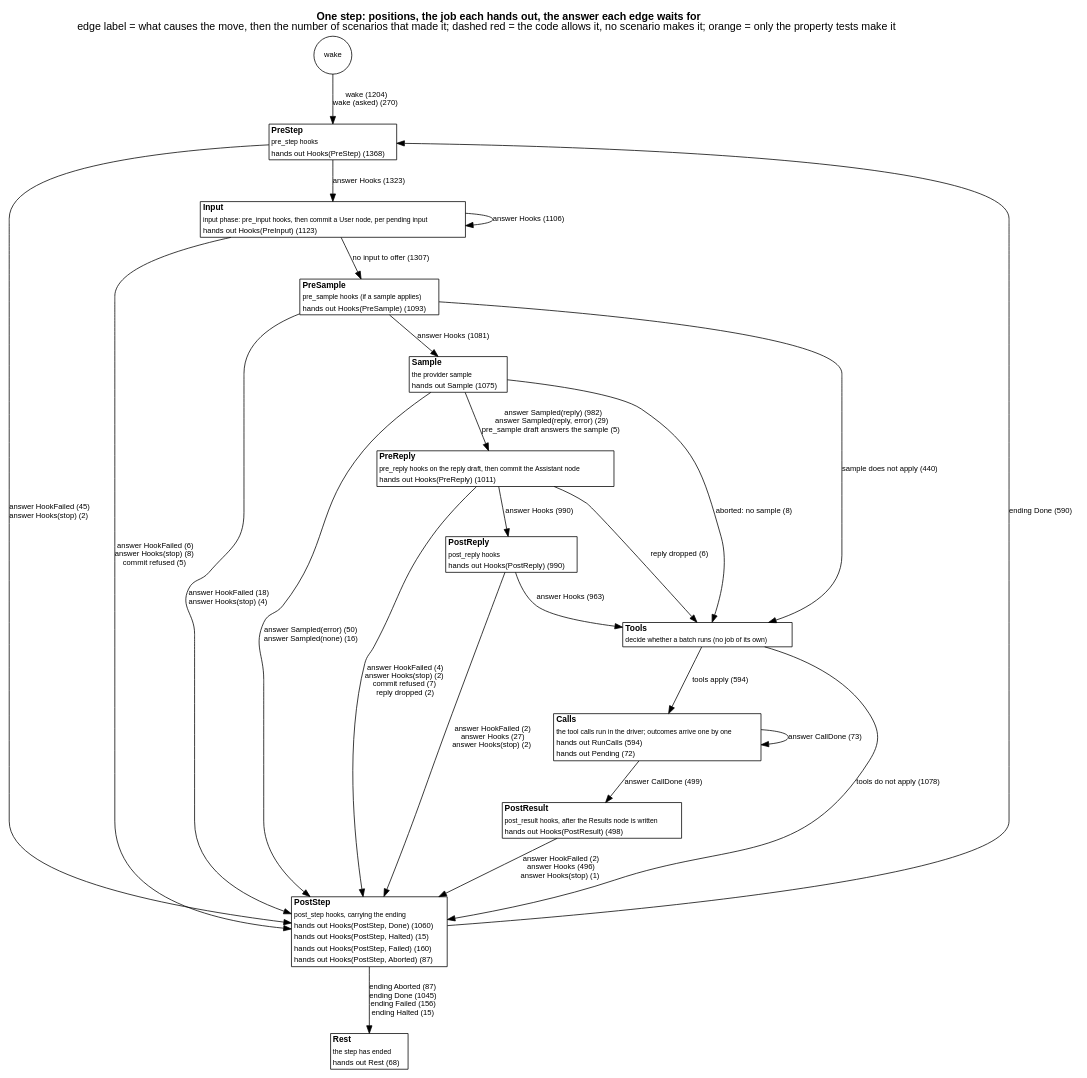
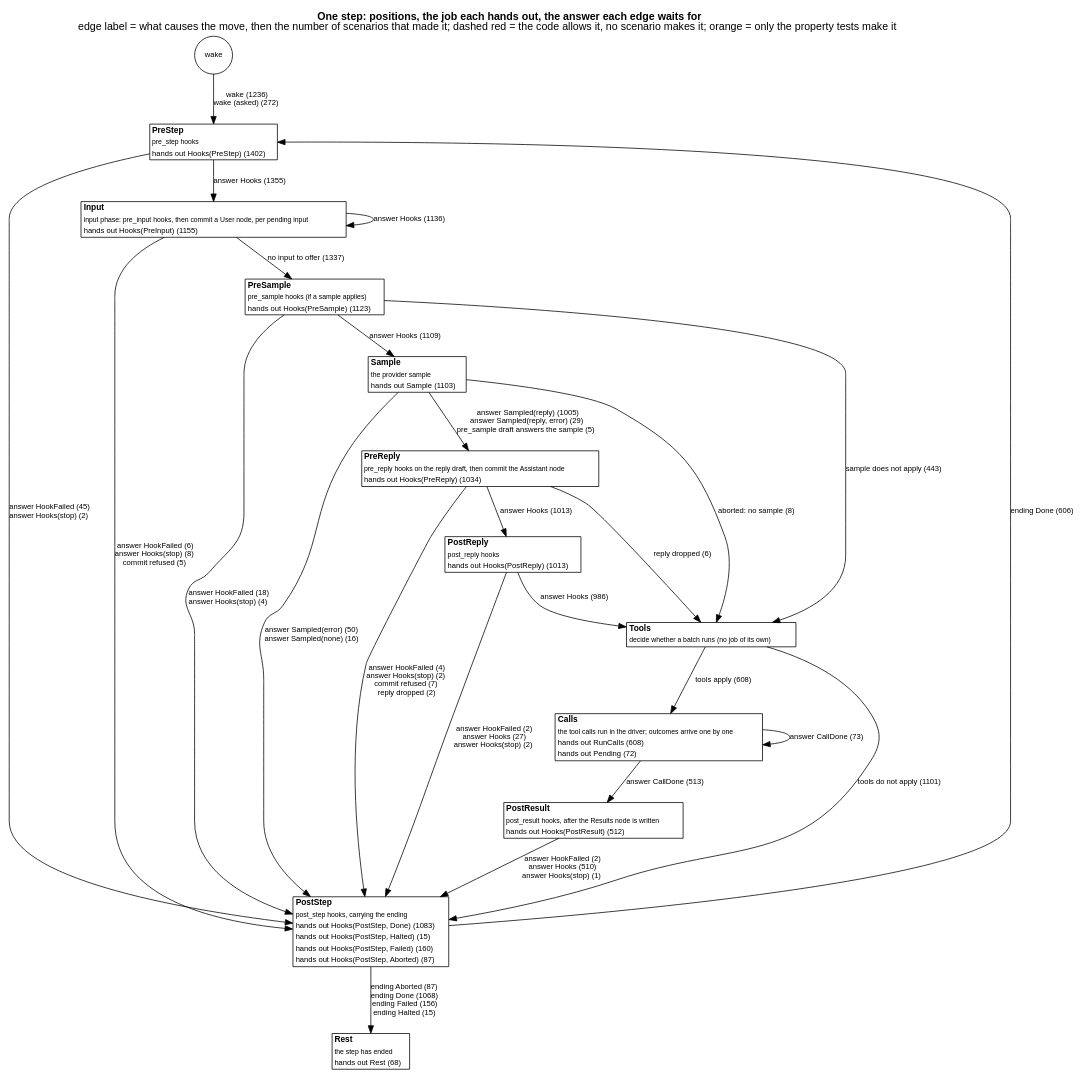
The diagram in docs/as-built/diagrams/step-positions.dot (jmccardle/tau), drawn with Graphviz before and after one commit. The commit also changed 50 other files, not shown here.

```diff
--- a/docs/as-built/diagrams/step-positions.dot
+++ b/docs/as-built/diagrams/step-positions.dot
@@ -1,42 +1,42 @@
 // Generated by scripts/diagrams.sh from the test suites' transitions. Do not edit.
 digraph step_positions {
   graph [rankdir=TB, fontname="Helvetica", nodesep=0.5, ranksep=0.6, labelloc=t, label=<<b>One step: positions, the job each hands out, the answer each edge waits for</b><br/>edge label = what causes the move, then the number of scenarios that made it; dashed red = the code allows it, no scenario makes it; orange = only the property tests make it>];
   node [shape=plain, fontname="Helvetica", fontsize=11];
   edge [fontname="Helvetica", fontsize=10];
   "(wake)" [shape=circle, label="wake", fontsize=10];
-  "PreStep" [label=<<table border="1" cellborder="0" cellspacing="0" bgcolor="white"><tr><td align="left"><b>PreStep</b></td></tr><tr><td align="left"><font point-size="9">pre_step hooks</font></td></tr><tr><td align="left"><font color="black" point-size="10">hands out Hooks(PreStep) (1368)</font></td></tr></table>>];
-  "Input" [label=<<table border="1" cellborder="0" cellspacing="0" bgcolor="white"><tr><td align="left"><b>Input</b></td></tr><tr><td align="left"><font point-size="9">input phase: pre_input hooks, then commit a User node, per pending input</font></td></tr><tr><td align="left"><font color="black" point-size="10">hands out Hooks(PreInput) (1123)</font></td></tr></table>>];
-  "PreSample" [label=<<table border="1" cellborder="0" cellspacing="0" bgcolor="white"><tr><td align="left"><b>PreSample</b></td></tr><tr><td align="left"><font point-size="9">pre_sample hooks (if a sample applies)</font></td></tr><tr><td align="left"><font color="black" point-size="10">hands out Hooks(PreSample) (1093)</font></td></tr></table>>];
-  "Sample" [label=<<table border="1" cellborder="0" cellspacing="0" bgcolor="white"><tr><td align="left"><b>Sample</b></td></tr><tr><td align="left"><font point-size="9">the provider sample</font></td></tr><tr><td align="left"><font color="black" point-size="10">hands out Sample (1075)</font></td></tr></table>>];
-  "PreReply" [label=<<table border="1" cellborder="0" cellspacing="0" bgcolor="white"><tr><td align="left"><b>PreReply</b></td></tr><tr><td align="left"><font point-size="9">pre_reply hooks on the reply draft, then commit the Assistant node</font></td></tr><tr><td align="left"><font color="black" point-size="10">hands out Hooks(PreReply) (1011)</font></td></tr></table>>];
-  "PostReply" [label=<<table border="1" cellborder="0" cellspacing="0" bgcolor="white"><tr><td align="left"><b>PostReply</b></td></tr><tr><td align="left"><font point-size="9">post_reply hooks</font></td></tr><tr><td align="left"><font color="black" point-size="10">hands out Hooks(PostReply) (990)</font></td></tr></table>>];
+  "PreStep" [label=<<table border="1" cellborder="0" cellspacing="0" bgcolor="white"><tr><td align="left"><b>PreStep</b></td></tr><tr><td align="left"><font point-size="9">pre_step hooks</font></td></tr><tr><td align="left"><font color="black" point-size="10">hands out Hooks(PreStep) (1402)</font></td></tr></table>>];
+  "Input" [label=<<table border="1" cellborder="0" cellspacing="0" bgcolor="white"><tr><td align="left"><b>Input</b></td></tr><tr><td align="left"><font point-size="9">input phase: pre_input hooks, then commit a User node, per pending input</font></td></tr><tr><td align="left"><font color="black" point-size="10">hands out Hooks(PreInput) (1155)</font></td></tr></table>>];
+  "PreSample" [label=<<table border="1" cellborder="0" cellspacing="0" bgcolor="white"><tr><td align="left"><b>PreSample</b></td></tr><tr><td align="left"><font point-size="9">pre_sample hooks (if a sample applies)</font></td></tr><tr><td align="left"><font color="black" point-size="10">hands out Hooks(PreSample) (1123)</font></td></tr></table>>];
+  "Sample" [label=<<table border="1" cellborder="0" cellspacing="0" bgcolor="white"><tr><td align="left"><b>Sample</b></td></tr><tr><td align="left"><font point-size="9">the provider sample</font></td></tr><tr><td align="left"><font color="black" point-size="10">hands out Sample (1103)</font></td></tr></table>>];
+  "PreReply" [label=<<table border="1" cellborder="0" cellspacing="0" bgcolor="white"><tr><td align="left"><b>PreReply</b></td></tr><tr><td align="left"><font point-size="9">pre_reply hooks on the reply draft, then commit the Assistant node</font></td></tr><tr><td align="left"><font color="black" point-size="10">hands out Hooks(PreReply) (1034)</font></td></tr></table>>];
+  "PostReply" [label=<<table border="1" cellborder="0" cellspacing="0" bgcolor="white"><tr><td align="left"><b>PostReply</b></td></tr><tr><td align="left"><font point-size="9">post_reply hooks</font></td></tr><tr><td align="left"><font color="black" point-size="10">hands out Hooks(PostReply) (1013)</font></td></tr></table>>];
   "Tools" [label=<<table border="1" cellborder="0" cellspacing="0" bgcolor="white"><tr><td align="left"><b>Tools</b></td></tr><tr><td align="left"><font point-size="9">decide whether a batch runs (no job of its own)</font></td></tr></table>>];
-  "Calls" [label=<<table border="1" cellborder="0" cellspacing="0" bgcolor="white"><tr><td align="left"><b>Calls</b></td></tr><tr><td align="left"><font point-size="9">the tool calls run in the driver; outcomes arrive one by one</font></td></tr><tr><td align="left"><font color="black" point-size="10">hands out RunCalls (594)</font></td></tr><tr><td align="left"><font color="black" point-size="10">hands out Pending (72)</font></td></tr></table>>];
-  "PostResult" [label=<<table border="1" cellborder="0" cellspacing="0" bgcolor="white"><tr><td align="left"><b>PostResult</b></td></tr><tr><td align="left"><font point-size="9">post_result hooks, after the Results node is written</font></td></tr><tr><td align="left"><font color="black" point-size="10">hands out Hooks(PostResult) (498)</font></td></tr></table>>];
-  "PostStep" [label=<<table border="1" cellborder="0" cellspacing="0" bgcolor="white"><tr><td align="left"><b>PostStep</b></td></tr><tr><td align="left"><font point-size="9">post_step hooks, carrying the ending</font></td></tr><tr><td align="left"><font color="black" point-size="10">hands out Hooks(PostStep, Done) (1060)</font></td></tr><tr><td align="left"><font color="black" point-size="10">hands out Hooks(PostStep, Halted) (15)</font></td></tr><tr><td align="left"><font color="black" point-size="10">hands out Hooks(PostStep, Failed) (160)</font></td></tr><tr><td align="left"><font color="black" point-size="10">hands out Hooks(PostStep, Aborted) (87)</font></td></tr></table>>];
+  "Calls" [label=<<table border="1" cellborder="0" cellspacing="0" bgcolor="white"><tr><td align="left"><b>Calls</b></td></tr><tr><td align="left"><font point-size="9">the tool calls run in the driver; outcomes arrive one by one</font></td></tr><tr><td align="left"><font color="black" point-size="10">hands out RunCalls (608)</font></td></tr><tr><td align="left"><font color="black" point-size="10">hands out Pending (72)</font></td></tr></table>>];
+  "PostResult" [label=<<table border="1" cellborder="0" cellspacing="0" bgcolor="white"><tr><td align="left"><b>PostResult</b></td></tr><tr><td align="left"><font point-size="9">post_result hooks, after the Results node is written</font></td></tr><tr><td align="left"><font color="black" point-size="10">hands out Hooks(PostResult) (512)</font></td></tr></table>>];
+  "PostStep" [label=<<table border="1" cellborder="0" cellspacing="0" bgcolor="white"><tr><td align="left"><b>PostStep</b></td></tr><tr><td align="left"><font point-size="9">post_step hooks, carrying the ending</font></td></tr><tr><td align="left"><font color="black" point-size="10">hands out Hooks(PostStep, Done) (1083)</font></td></tr><tr><td align="left"><font color="black" point-size="10">hands out Hooks(PostStep, Halted) (15)</font></td></tr><tr><td align="left"><font color="black" point-size="10">hands out Hooks(PostStep, Failed) (160)</font></td></tr><tr><td align="left"><font color="black" point-size="10">hands out Hooks(PostStep, Aborted) (87)</font></td></tr></table>>];
   "Rest" [label=<<table border="1" cellborder="0" cellspacing="0" bgcolor="white"><tr><td align="left"><b>Rest</b></td></tr><tr><td align="left"><font point-size="9">the step has ended</font></td></tr><tr><td align="left"><font color="black" point-size="10">hands out Rest (68)</font></td></tr></table>>];
-  "(wake)" -> "PreStep" [label=<wake (1204)<br/>wake (asked) (270)>, color="black", style=solid];
+  "(wake)" -> "PreStep" [label=<wake (1236)<br/>wake (asked) (272)>, color="black", style=solid];
   "Calls" -> "Calls" [label=<answer CallDone (73)>, color="black", style=solid];
-  "Calls" -> "PostResult" [label=<answer CallDone (499)>, color="black", style=solid];
-  "Input" -> "Input" [label=<answer Hooks (1106)>, color="black", style=solid];
+  "Calls" -> "PostResult" [label=<answer CallDone (513)>, color="black", style=solid];
+  "Input" -> "Input" [label=<answer Hooks (1136)>, color="black", style=solid];
   "Input" -> "PostStep" [label=<answer HookFailed (6)<br/>answer Hooks(stop) (8)<br/>commit refused (5)>, color="black", style=solid];
-  "Input" -> "PreSample" [label=<no input to offer (1307)>, color="black", style=solid];
+  "Input" -> "PreSample" [label=<no input to offer (1337)>, color="black", style=solid];
   "PostReply" -> "PostStep" [label=<answer HookFailed (2)<br/>answer Hooks (27)<br/>answer Hooks(stop) (2)>, color="black", style=solid];
-  "PostReply" -> "Tools" [label=<answer Hooks (963)>, color="black", style=solid];
-  "PostResult" -> "PostStep" [label=<answer HookFailed (2)<br/>answer Hooks (496)<br/>answer Hooks(stop) (1)>, color="black", style=solid];
-  "PostStep" -> "PreStep" [label=<ending Done (590)>, color="black", style=solid];
-  "PostStep" -> "Rest" [label=<ending Aborted (87)<br/>ending Done (1045)<br/>ending Failed (156)<br/>ending Halted (15)>, color="black", style=solid];
-  "PreReply" -> "PostReply" [label=<answer Hooks (990)>, color="black", style=solid];
+  "PostReply" -> "Tools" [label=<answer Hooks (986)>, color="black", style=solid];
+  "PostResult" -> "PostStep" [label=<answer HookFailed (2)<br/>answer Hooks (510)<br/>answer Hooks(stop) (1)>, color="black", style=solid];
+  "PostStep" -> "PreStep" [label=<ending Done (606)>, color="black", style=solid];
+  "PostStep" -> "Rest" [label=<ending Aborted (87)<br/>ending Done (1068)<br/>ending Failed (156)<br/>ending Halted (15)>, color="black", style=solid];
+  "PreReply" -> "PostReply" [label=<answer Hooks (1013)>, color="black", style=solid];
   "PreReply" -> "PostStep" [label=<answer HookFailed (4)<br/>answer Hooks(stop) (2)<br/>commit refused (7)<br/>reply dropped (2)>, color="black", style=solid];
   "PreReply" -> "Tools" [label=<reply dropped (6)>, color="black", style=solid];
   "PreSample" -> "PostStep" [label=<answer HookFailed (18)<br/>answer Hooks(stop) (4)>, color="black", style=solid];
-  "PreSample" -> "Sample" [label=<answer Hooks (1081)>, color="black", style=solid];
-  "PreSample" -> "Tools" [label=<sample does not apply (440)>, color="black", style=solid];
-  "PreStep" -> "Input" [label=<answer Hooks (1323)>, color="black", style=solid];
+  "PreSample" -> "Sample" [label=<answer Hooks (1109)>, color="black", style=solid];
+  "PreSample" -> "Tools" [label=<sample does not apply (443)>, color="black", style=solid];
+  "PreStep" -> "Input" [label=<answer Hooks (1355)>, color="black", style=solid];
   "PreStep" -> "PostStep" [label=<answer HookFailed (45)<br/>answer Hooks(stop) (2)>, color="black", style=solid];
   "Sample" -> "PostStep" [label=<answer Sampled(error) (50)<br/>answer Sampled(none) (16)>, color="black", style=solid];
-  "Sample" -> "PreReply" [label=<answer Sampled(reply) (982)<br/>answer Sampled(reply, error) (29)<br/>pre_sample draft answers the sample (5)>, color="black", style=solid];
+  "Sample" -> "PreReply" [label=<answer Sampled(reply) (1005)<br/>answer Sampled(reply, error) (29)<br/>pre_sample draft answers the sample (5)>, color="black", style=solid];
   "Sample" -> "Tools" [label=<aborted: no sample (8)>, color="black", style=solid];
-  "Tools" -> "Calls" [label=<tools apply (594)>, color="black", style=solid];
-  "Tools" -> "PostStep" [label=<tools do not apply (1078)>, color="black", style=solid];
+  "Tools" -> "Calls" [label=<tools apply (608)>, color="black", style=solid];
+  "Tools" -> "PostStep" [label=<tools do not apply (1101)>, color="black", style=solid];
 }
```
